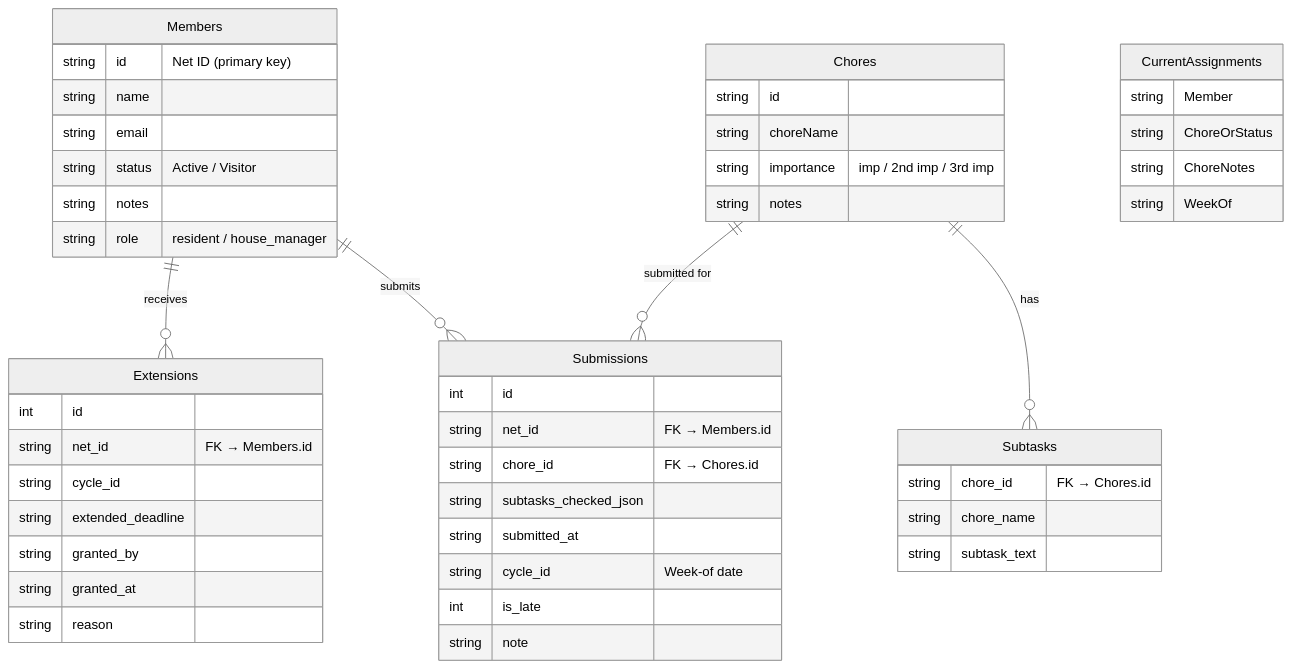
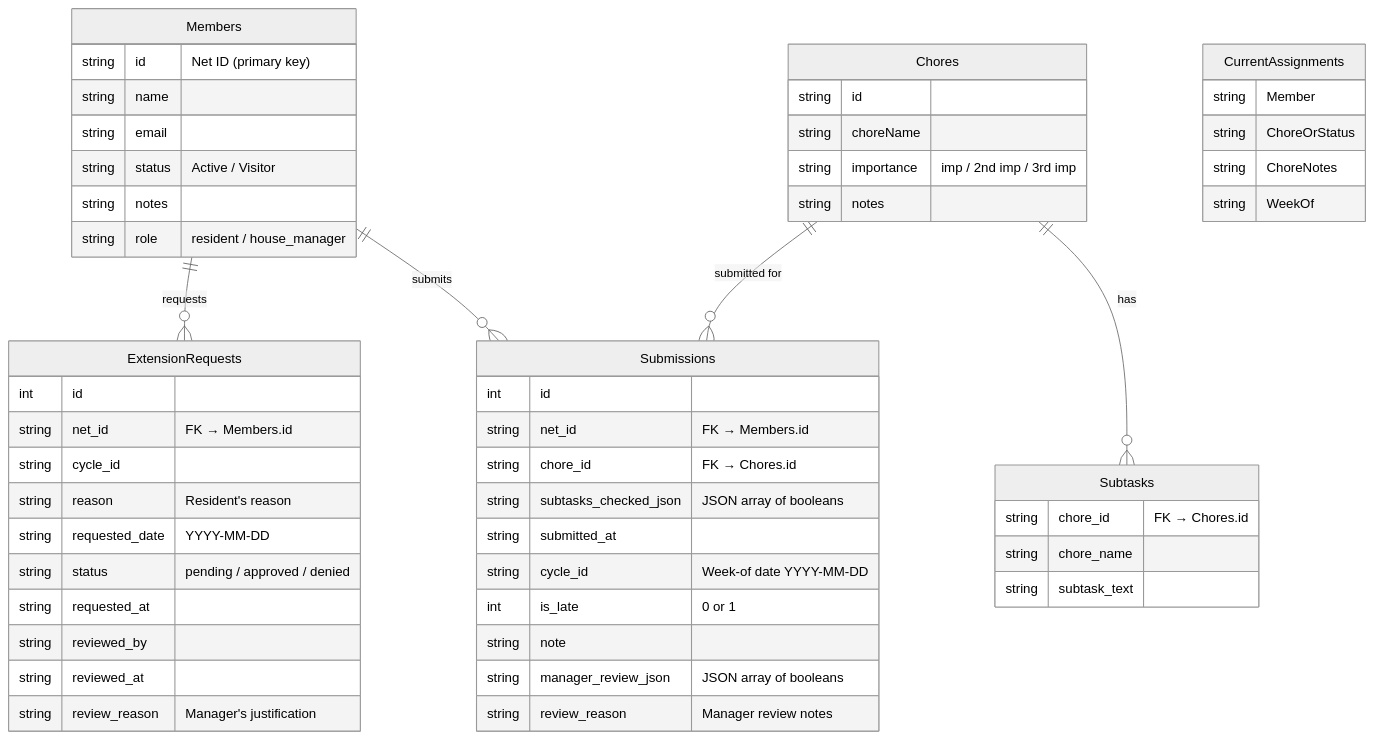
The second of 3 diagrams in README.md (gaithaca/chores), drawn with Mermaid (neutral theme) before and after one commit. The commit also changed other lines of this file, not shown here.

Commit message:
feat: Add comprehensive user guides for residents and managers, detail API endpoints, and update architecture and sheet structure in the README.

````diff
--- a/README.md
+++ b/README.md
@@ -63,52 +120,57 @@
 ```mermaid
 erDiagram
     Members {
         string id "Net ID (primary key)"
         string name
         string email
         string status "Active / Visitor"
         string notes
         string role "resident / house_manager"
     }
     Chores {
         string id
         string choreName
         string importance "imp / 2nd imp / 3rd imp"
         string notes
     }
     Subtasks {
         string chore_id "FK → Chores.id"
         string chore_name
         string subtask_text
     }
     Submissions {
         int id
         string net_id "FK → Members.id"
         string chore_id "FK → Chores.id"
-        string subtasks_checked_json
+        string subtasks_checked_json "JSON array of booleans"
         string submitted_at
-        string cycle_id "Week-of date"
-        int is_late
+        string cycle_id "Week-of date YYYY-MM-DD"
+        int is_late "0 or 1"
         string note
+        string manager_review_json "JSON array of booleans"
+        string review_reason "Manager review notes"
     }
-    Extensions {
+    ExtensionRequests {
         int id
         string net_id "FK → Members.id"
         string cycle_id
-        string extended_deadline
-        string granted_by
-        string granted_at
-        string reason
+        string reason "Resident's reason"
+        string requested_date "YYYY-MM-DD"
+        string status "pending / approved / denied"
+        string requested_at
+        string reviewed_by
+        string reviewed_at
+        string review_reason "Manager's justification"
     }
     CurrentAssignments {
         string Member
         string ChoreOrStatus
         string ChoreNotes
         string WeekOf
     }
 
     Members ||--o{ Submissions : submits
-    Members ||--o{ Extensions : receives
+    Members ||--o{ ExtensionRequests : requests
     Chores ||--o{ Subtasks : has
     Chores ||--o{ Submissions : "submitted for"
 ```
````
